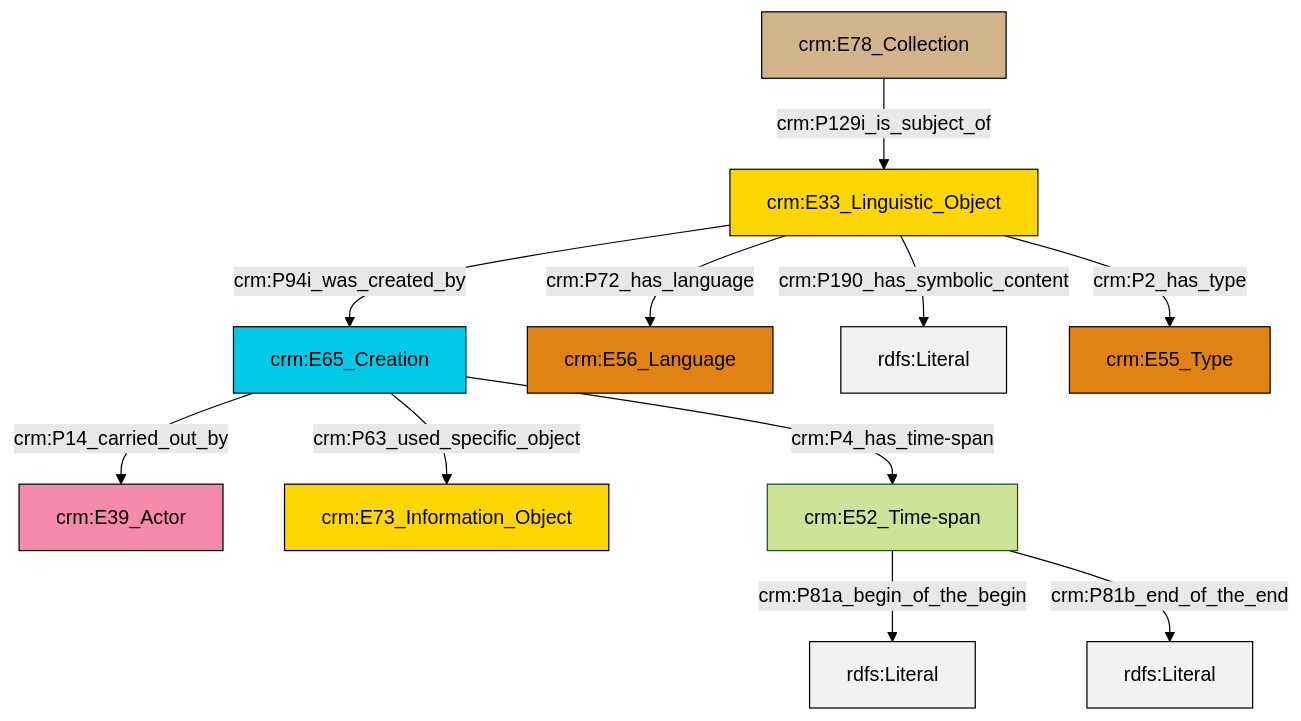
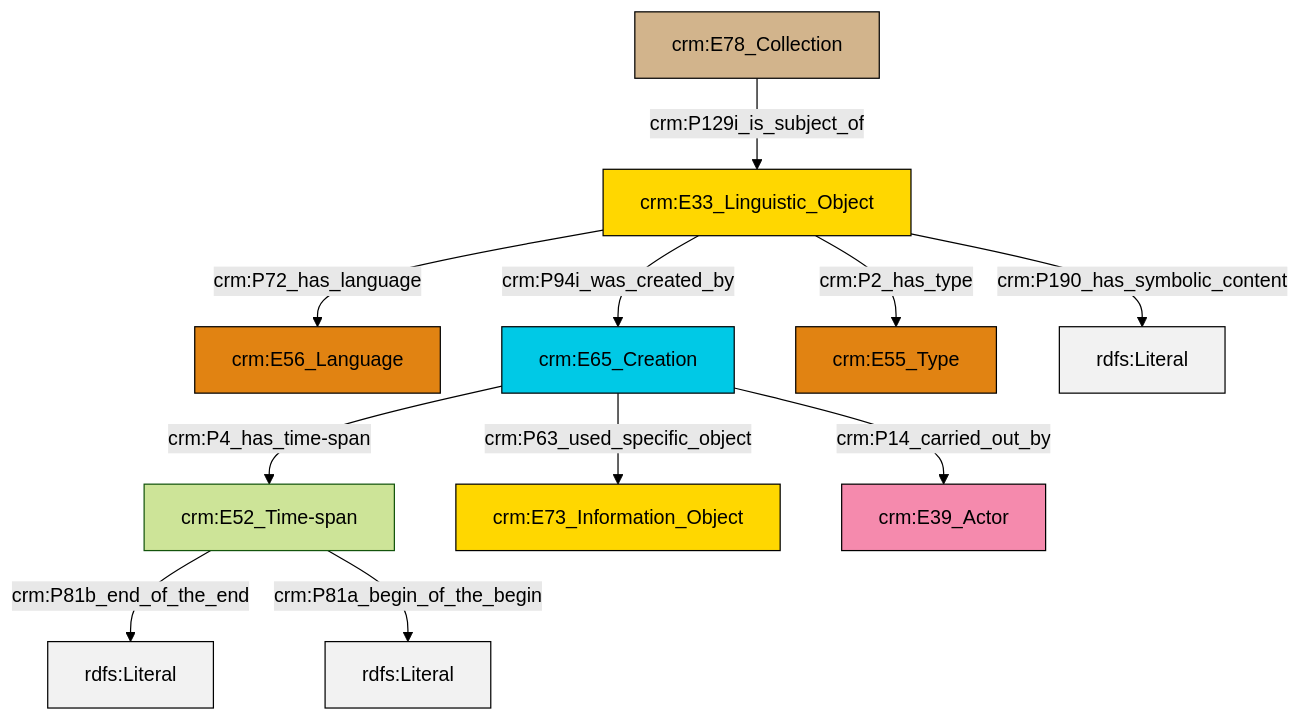
The diagram in et/archivalCSV/ttl/mmd/archival_desc.ttl.mmd (swiss-art-research-net/docs.swissartresearch), drawn with Mermaid (forest theme) before and after one commit. The commit also changed 172 other files, not shown here.

```diff
--- a/et/archivalCSV/ttl/mmd/archival_desc.ttl.mmd
+++ b/et/archivalCSV/ttl/mmd/archival_desc.ttl.mmd
@@ -1,25 +1,25 @@
 graph TD
 classDef Literal fill:#f2f2f2,stroke:#000000;
 classDef CRM_Entity fill:#FFFFFF,stroke:#000000;
 classDef Temporal_Entity fill:#00C9E6, stroke:#000000;
 classDef Type fill:#E18312, stroke:#000000;
 classDef Time-Span fill:#2C9C91, stroke:#000000;
 classDef Appellation fill:#FFEB7F, stroke:#000000;
 classDef Place fill:#008836, stroke:#000000;
 classDef Persistent_Item fill:#B266B2, stroke:#000000;
 classDef Conceptual_Object fill:#FFD700, stroke:#000000;
 classDef Physical_Thing fill:#D2B48C, stroke:#000000;
 classDef Actor fill:#f58aad, stroke:#000000;
 classDef PC_Classes fill:#4ce600, stroke:#000000;
 classDef Multi fill:#cccccc,stroke:#000000;
 
-0["crm:E65_Creation"]:::Temporal_Entity -->|crm:P14_carried_out_by| 4["crm:E39_Actor"]:::Actor
-5["crm:E33_Linguistic_Object"]:::Conceptual_Object -->|crm:P72_has_language| 7["crm:E56_Language"]:::Type
-0["crm:E65_Creation"]:::Temporal_Entity -->|crm:P63_used_specific_object| 8["crm:E73_Information_Object"]:::Conceptual_Object
-5["crm:E33_Linguistic_Object"]:::Conceptual_Object -->|crm:P190_has_symbolic_content| 9[rdfs:Literal]:::Literal
-0["crm:E65_Creation"]:::Temporal_Entity -->|crm:P4_has_time-span| 10["crm:E52_Time-span"]:::Default
-10["crm:E52_Time-span"]:::Default -->|crm:P81a_begin_of_the_begin| 15[rdfs:Literal]:::Literal
-5["crm:E33_Linguistic_Object"]:::Conceptual_Object -->|crm:P2_has_type| 16["crm:E55_Type"]:::Type
-2["crm:E78_Collection"]:::Physical_Thing -->|crm:P129i_is_subject_of| 5["crm:E33_Linguistic_Object"]:::Conceptual_Object
-10["crm:E52_Time-span"]:::Default -->|crm:P81b_end_of_the_end| 18[rdfs:Literal]:::Literal
-5["crm:E33_Linguistic_Object"]:::Conceptual_Object -->|crm:P94i_was_created_by| 0["crm:E65_Creation"]:::Temporal_Entity
+0["crm:E33_Linguistic_Object"]:::Conceptual_Object -->|crm:P72_has_language| 1["crm:E56_Language"]:::Type
+5["crm:E65_Creation"]:::Temporal_Entity -->|crm:P4_has_time-span| 2["crm:E52_Time-span"]:::Default
+0["crm:E33_Linguistic_Object"]:::Conceptual_Object -->|crm:P190_has_symbolic_content| 11[rdfs:Literal]:::Literal
+9["crm:E78_Collection"]:::Physical_Thing -->|crm:P129i_is_subject_of| 0["crm:E33_Linguistic_Object"]:::Conceptual_Object
+5["crm:E65_Creation"]:::Temporal_Entity -->|crm:P63_used_specific_object| 12["crm:E73_Information_Object"]:::Conceptual_Object
+2["crm:E52_Time-span"]:::Default -->|crm:P81b_end_of_the_end| 14[rdfs:Literal]:::Literal
+0["crm:E33_Linguistic_Object"]:::Conceptual_Object -->|crm:P2_has_type| 7["crm:E55_Type"]:::Type
+5["crm:E65_Creation"]:::Temporal_Entity -->|crm:P14_carried_out_by| 15["crm:E39_Actor"]:::Actor
+2["crm:E52_Time-span"]:::Default -->|crm:P81a_begin_of_the_begin| 17[rdfs:Literal]:::Literal
+0["crm:E33_Linguistic_Object"]:::Conceptual_Object -->|crm:P94i_was_created_by| 5["crm:E65_Creation"]:::Temporal_Entity
```
